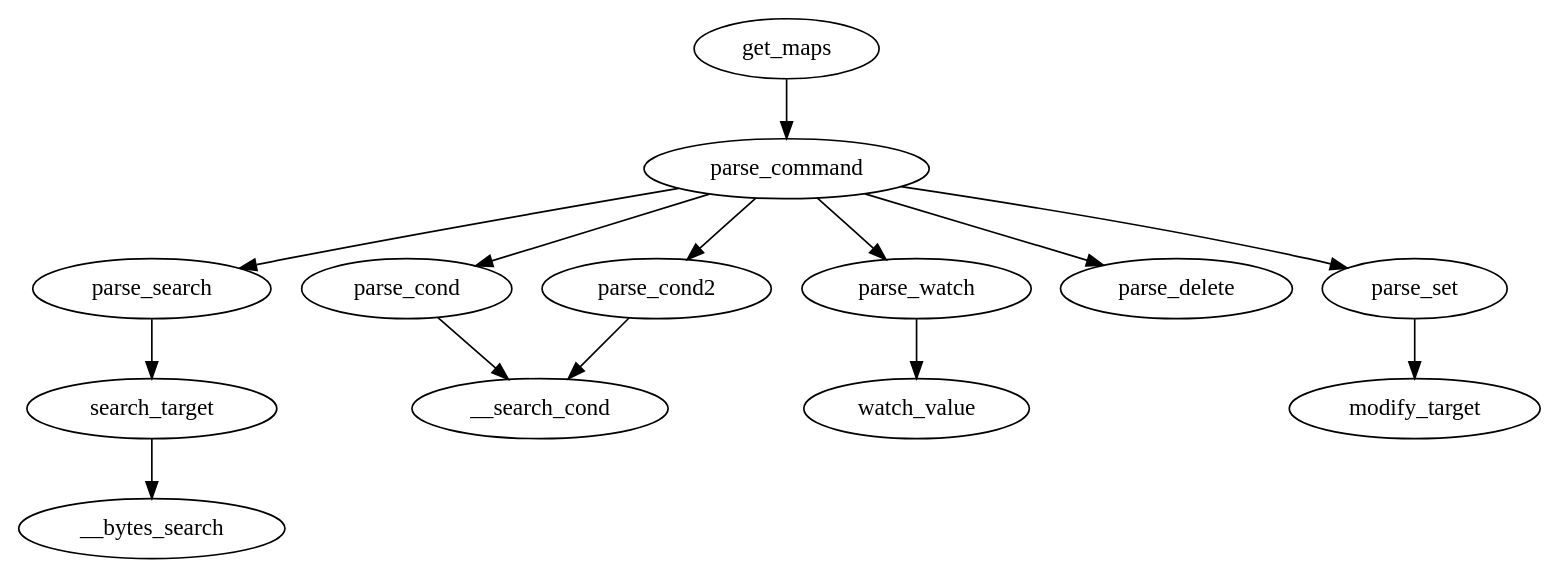
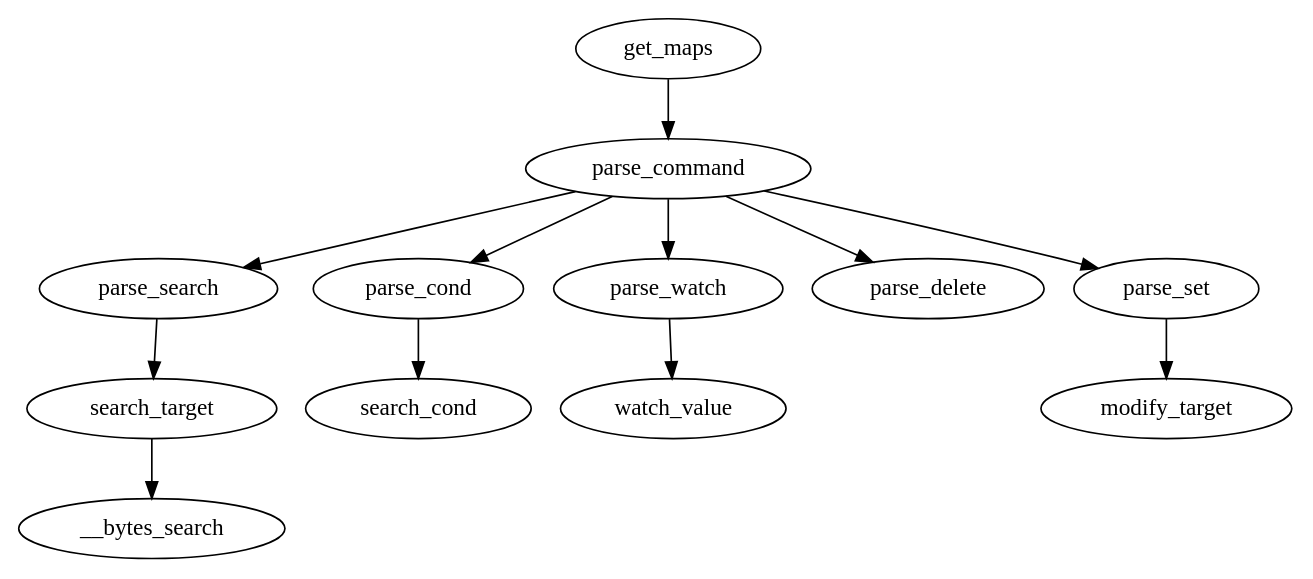
Before and after one commit to link-jay/mem_scan: the diagram in arch.dot, drawn with Graphviz. The commit also changed 2 other files, not shown here.

Commit message:
合并parse_cond/cond2

```diff
--- a/arch.dot
+++ b/arch.dot
@@ -1,9 +1,8 @@
 digraph G {
 	get_maps -> parse_command
     	parse_command -> parse_search -> search_target -> __bytes_search;
-	parse_command -> parse_cond -> __search_cond;
-      	parse_command -> parse_cond2 -> __search_cond;
+	parse_command -> parse_cond -> search_cond;
       	parse_command -> parse_watch -> watch_value;
         parse_command -> parse_delete;
         parse_command -> parse_set -> modify_target;
 }
```
